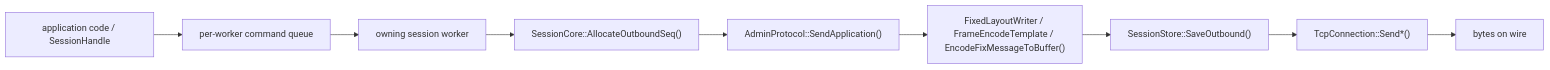
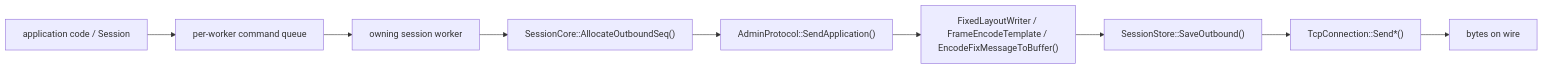
The third of 4 diagrams in docs/architecture.md (yhwwwwww/fastfix), drawn with Mermaid before and after one commit. The commit also changed other lines of this file and 109 other files, not shown here.

````diff
--- a/docs/architecture.md
+++ b/docs/architecture.md
@@ -584,11 +589,11 @@
 ```mermaid
 flowchart LR
-    APP["application code / SessionHandle"] --> CMD["per-worker command queue"]
+    APP["application code / Session<Profile>"] --> CMD["per-worker command queue"]
     CMD --> WORKER["owning session worker"]
     WORKER --> SEQ["SessionCore::AllocateOutboundSeq()"]
     SEQ --> SEND["AdminProtocol::SendApplication()"]
     SEND --> ENC["FixedLayoutWriter / FrameEncodeTemplate / EncodeFixMessageToBuffer()"]
     ENC --> STORE["SessionStore::SaveOutbound()"]
     STORE --> TX["TcpConnection::Send*()"]
     TX --> WIRE["bytes on wire"]
 ```
````
